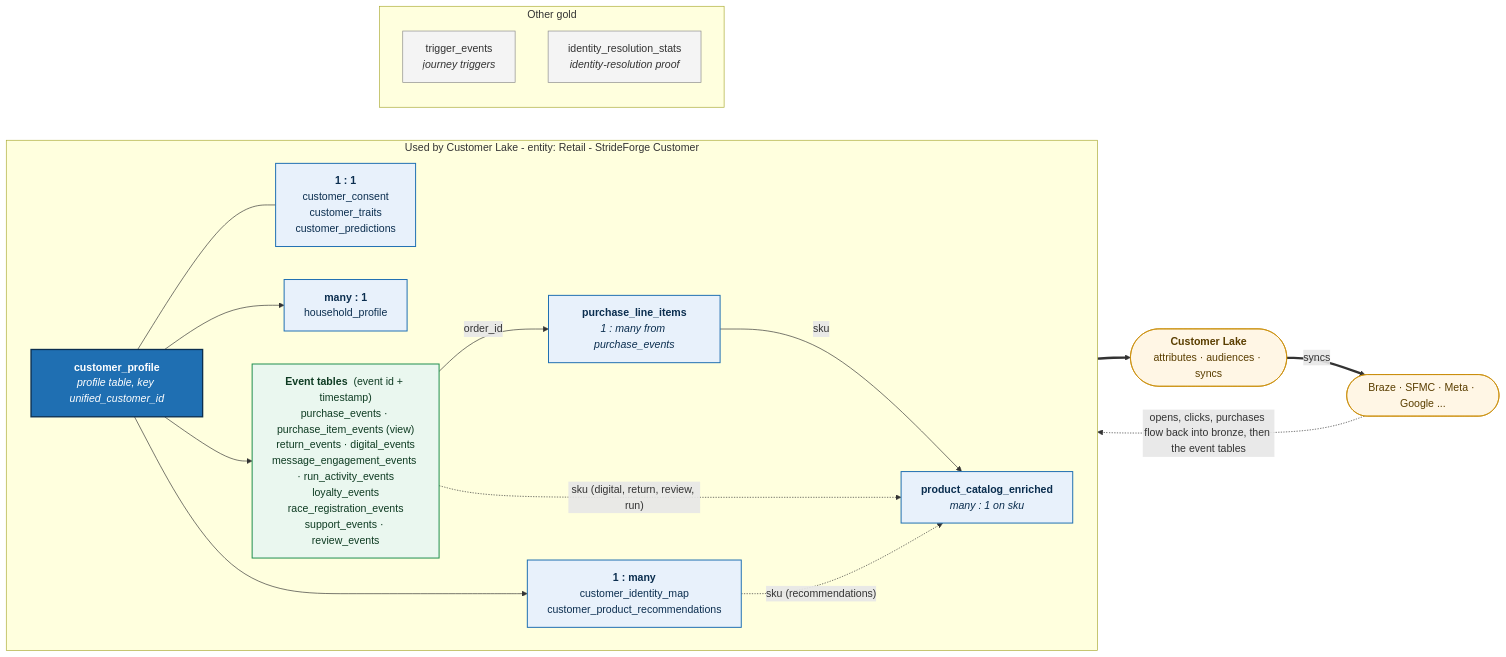
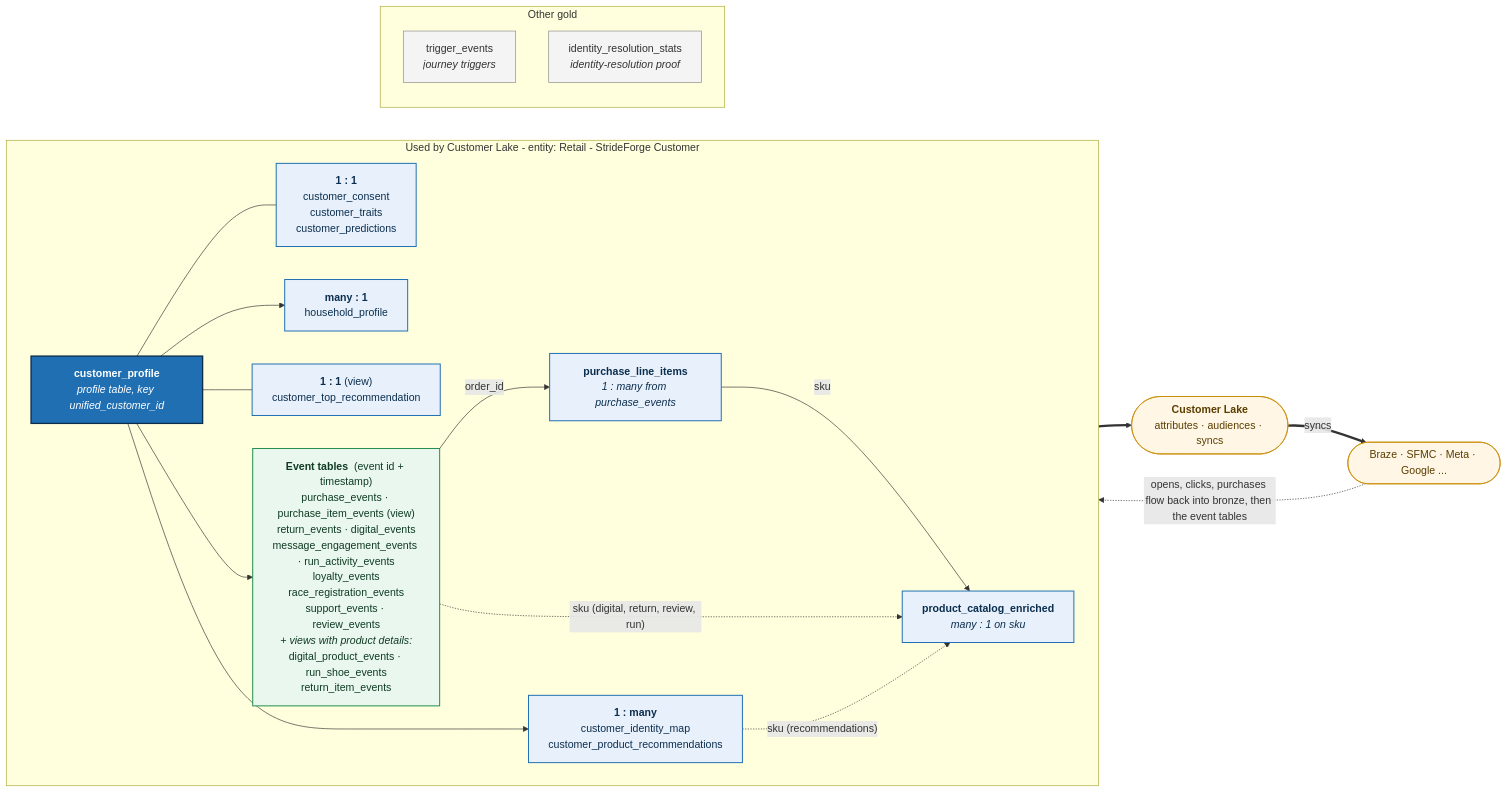
One commit to ariforu/customer-lake-retail-demo changed the diagram in docs/gold_data_model.mmd. Above: the diagram before and after it, drawn with Mermaid. The commit also changed 7 other files, not shown here.

First line of the commit message:
Add product-enriched Customer Lake views

```diff
--- a/docs/gold_data_model.mmd
+++ b/docs/gold_data_model.mmd
@@ -1,39 +1,41 @@
 flowchart LR
   classDef core fill:#1F6FB2,stroke:#0B2E4F,stroke-width:2px,color:#FFFFFF
   classDef cdp fill:#E8F1FB,stroke:#1F6FB2,stroke-width:1.5px,color:#0B2E4F
   classDef evt fill:#EAF7EF,stroke:#1E8E4E,stroke-width:1.5px,color:#0E3B22
   classDef ana fill:#F4F4F4,stroke:#8A8A8A,stroke-width:1px,color:#333333
   classDef ext fill:#FFF6E5,stroke:#C98A00,stroke-width:1px,color:#5A3E00
 
   subgraph CL["Used by Customer Lake  -  entity: Retail - StrideForge Customer"]
     direction LR
     PROFILE["<b>customer_profile</b><br/><i>profile table, key unified_customer_id</i>"]:::core
     ONE["<b>1 : 1</b><br/>customer_consent<br/>customer_traits<br/>customer_predictions"]:::cdp
     HH["<b>many : 1</b><br/>household_profile"]:::cdp
     MANY["<b>1 : many</b><br/>customer_identity_map<br/>customer_product_recommendations"]:::cdp
-    EV["<b>Event tables</b>  (event id + timestamp)<br/>purchase_events · purchase_item_events (view)<br/>return_events · digital_events<br/>message_engagement_events · run_activity_events<br/>loyalty_events<br/>race_registration_events<br/>support_events · review_events"]:::evt
+    TOPREC["<b>1 : 1</b> (view)<br/>customer_top_recommendation"]:::cdp
+    EV["<b>Event tables</b>  (event id + timestamp)<br/>purchase_events · purchase_item_events (view)<br/>return_events · digital_events<br/>message_engagement_events · run_activity_events<br/>loyalty_events<br/>race_registration_events<br/>support_events · review_events<br/><i>+ views with product details:</i><br/>digital_product_events · run_shoe_events<br/>return_item_events"]:::evt
     LINES["<b>purchase_line_items</b><br/><i>1 : many from purchase_events</i>"]:::cdp
     CATALOG["<b>product_catalog_enriched</b><br/><i>many : 1 on sku</i>"]:::cdp
 
     PROFILE --- ONE
     PROFILE --> HH
     PROFILE --> MANY
+    PROFILE --- TOPREC
     PROFILE --> EV
     EV -->|"order_id"| LINES
     LINES -->|"sku"| CATALOG
     EV -.->|"sku (digital, return, review, run)"| CATALOG
     MANY -.->|"sku (recommendations)"| CATALOG
   end
 
   subgraph OTHER["Other gold"]
     direction TB
     TRIG["trigger_events<br/><i>journey triggers</i>"]:::ana
     IRS["identity_resolution_stats<br/><i>identity-resolution proof</i>"]:::ana
   end
 
   LAKE(["<b>Customer Lake</b><br/>attributes · audiences · syncs"]):::ext
   DEST(["Braze · SFMC · Meta · Google ..."]):::ext
 
   CL ==> LAKE
   LAKE ==>|"syncs"| DEST
   DEST -.->|"opens, clicks, purchases flow back into bronze, then the event tables"| EV
```
